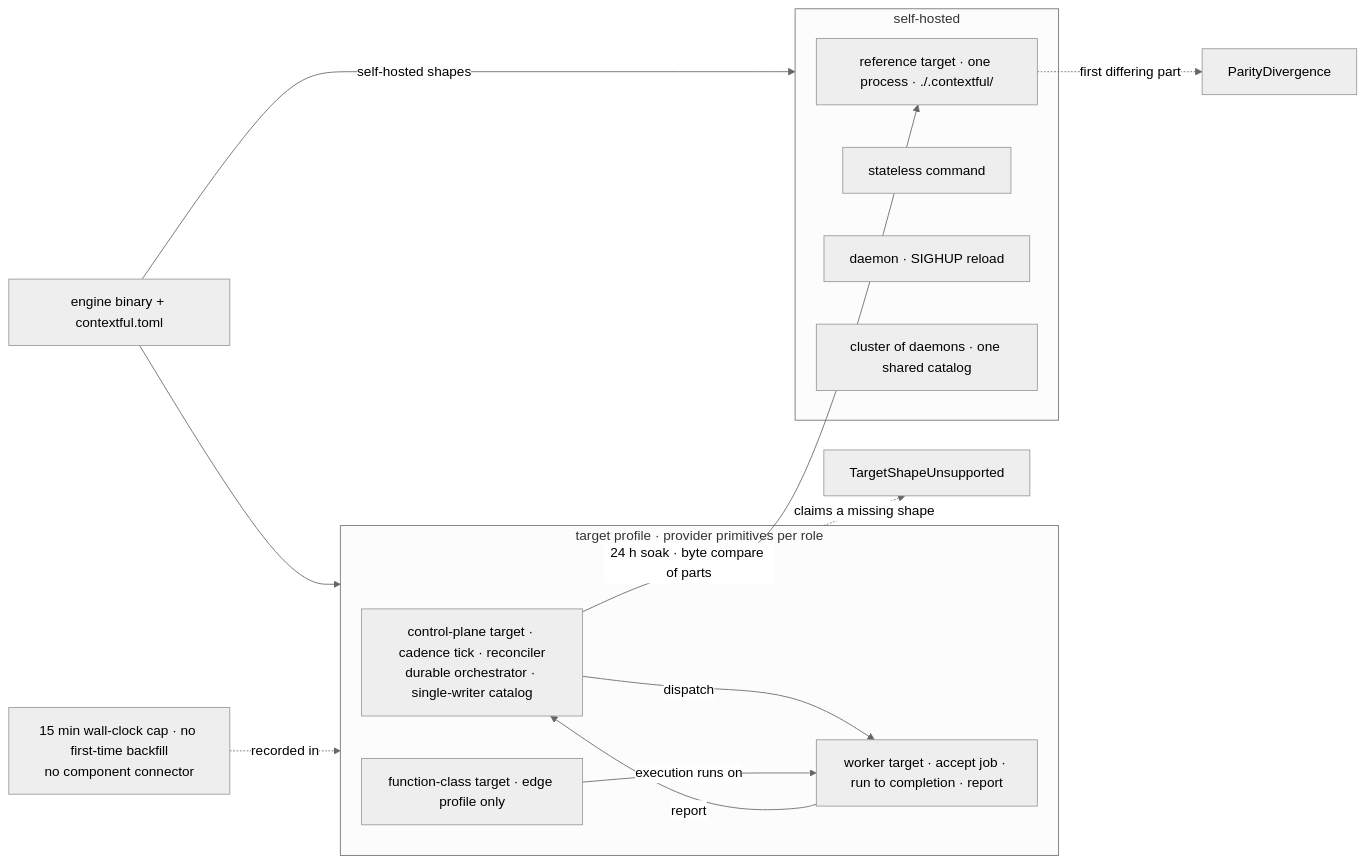
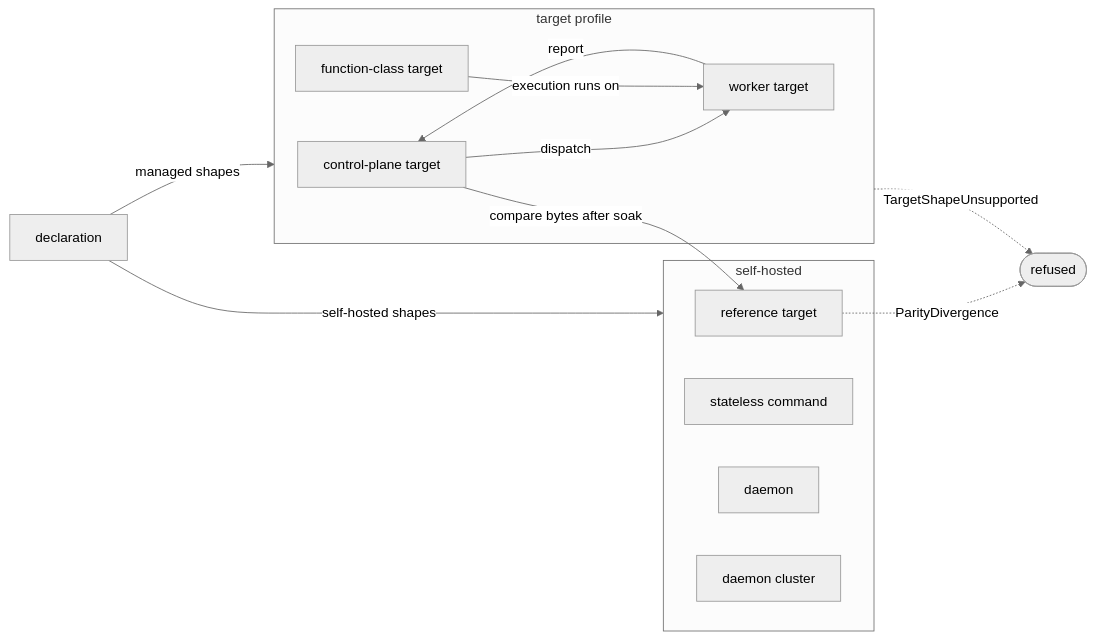
Before and after one commit to fractalboxdev/contextful: the third of 5 diagrams in spec/01-topology.md, drawn with Mermaid (neutral theme). The commit also changed other lines of this file and 44 other files, not shown here.

First line of the commit message:
spec: diagrams draw entities and flows, and the checker enforces it (#12)

````diff
--- a/spec/01-topology.md
+++ b/spec/01-topology.md
@@ -201,30 +161,27 @@
 ```mermaid
 flowchart LR
-  DECL["engine binary + contextful.toml"]
-  UNSUP["TargetShapeUnsupported"]
-  CAP["15 min wall-clock cap · no first-time backfill<br/>no component connector"]
-  PAR["ParityDivergence"]
+  DECL["declaration"]
+  REFUSED(["refused"])
 
-  subgraph TP["target profile · provider primitives per role"]
-    CP["control-plane target · cadence tick · reconciler<br/>durable orchestrator · single-writer catalog"]
-    WK["worker target · accept job · run to completion · report"]
-    FN["function-class target · edge profile only"]
+  subgraph TP["target profile"]
+    CP["control-plane target"]
+    WK["worker target"]
+    FN["function-class target"]
   end
 
   subgraph SELF["self-hosted"]
-    REF["reference target · one process · ./.contextful/"]
+    REF["reference target"]
     CMD["stateless command"]
-    DMN["daemon · SIGHUP reload"]
-    CLU["cluster of daemons · one shared catalog"]
+    DMN["daemon"]
+    CLU["daemon cluster"]
   end
 
-  DECL --> TP
-  TP -. "claims a missing shape" .-> UNSUP
+  DECL -- "managed shapes" --> TP
+  DECL -- "self-hosted shapes" --> SELF
   CP -- "dispatch" --> WK
   WK -- "report" --> CP
   FN -- "execution runs on" --> WK
-  CAP -. "recorded in" .-> TP
-  DECL -- "self-hosted shapes" --> SELF
-  CP -- "24 h soak · byte compare of parts" --> REF
-  REF -. "first differing part" .-> PAR
+  CP -- "compare bytes after soak" --> REF
+  TP -. "TargetShapeUnsupported" .-> REFUSED
+  REF -. "ParityDivergence" .-> REFUSED
 ```
````
